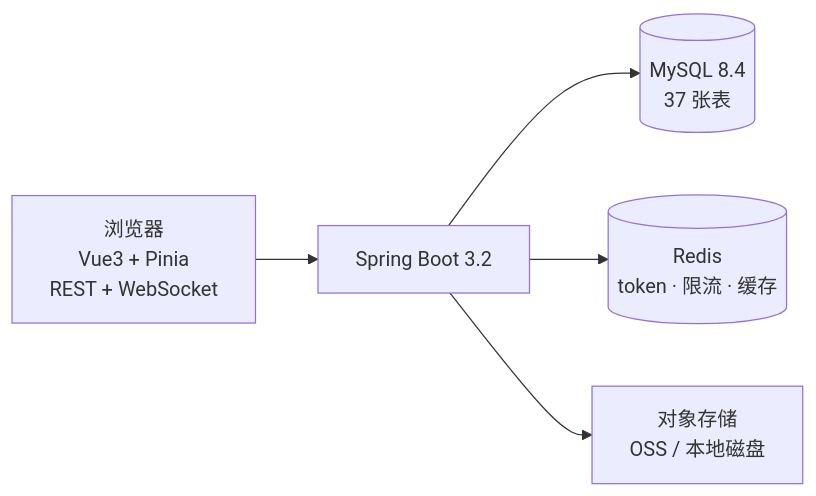
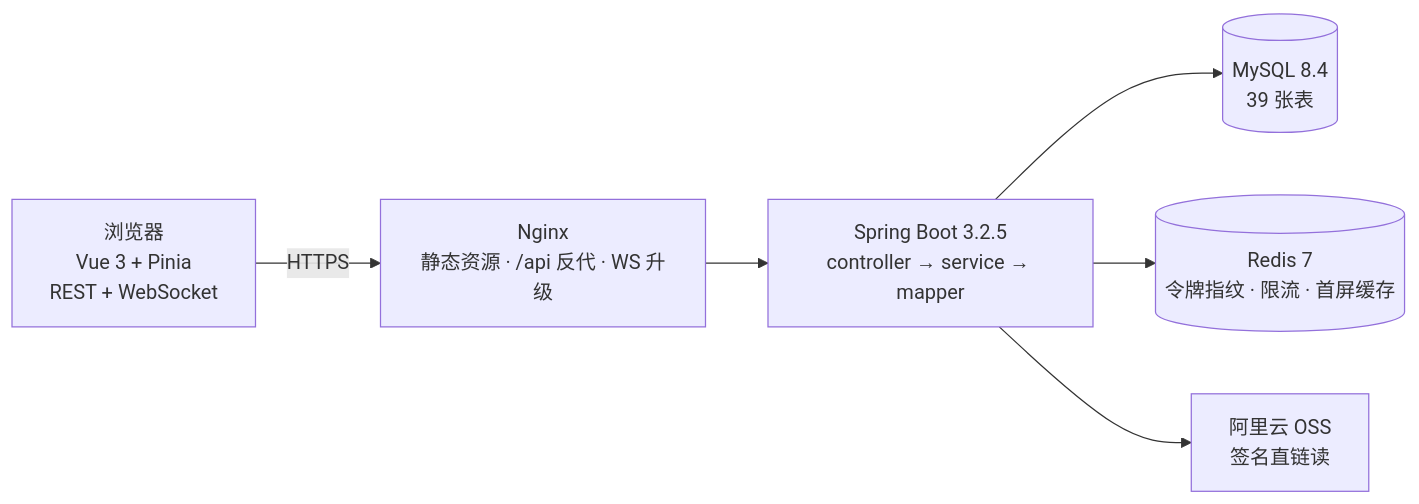
The diagram in README.md (wj20040628/campus-social), drawn with Mermaid before and after one commit. The commit also changed other lines of this file and 18 other files, not shown here.

First line of the commit message:
docs: README 重写为 GitHub 展示版，换成干净演示截图

````diff
--- a/README.md
+++ b/README.md
@@ -215,7 +88,8 @@
 ```mermaid
 graph LR
-    A["浏览器<br/>Vue3 + Pinia<br/>REST + WebSocket"] --> B["Spring Boot 3.2"]
-    B --> C[("MySQL 8.4<br/>37 张表")]
-    B --> D[("Redis<br/>token · 限流 · 缓存")]
-    B --> E["对象存储<br/>OSS / 本地磁盘"]
+    A["浏览器<br/>Vue 3 + Pinia<br/>REST + WebSocket"] -->|HTTPS| B["Nginx<br/>静态资源 · /api 反代 · WS 升级"]
+    B --> C["Spring Boot 3.2.5<br/>controller → service → mapper"]
+    C --> D[("MySQL 8.4<br/>39 张表")]
+    C --> E[("Redis 7<br/>令牌指纹 · 限流 · 首屏缓存")]
+    C --> F["阿里云 OSS<br/>签名直链读"]
 ```
````
